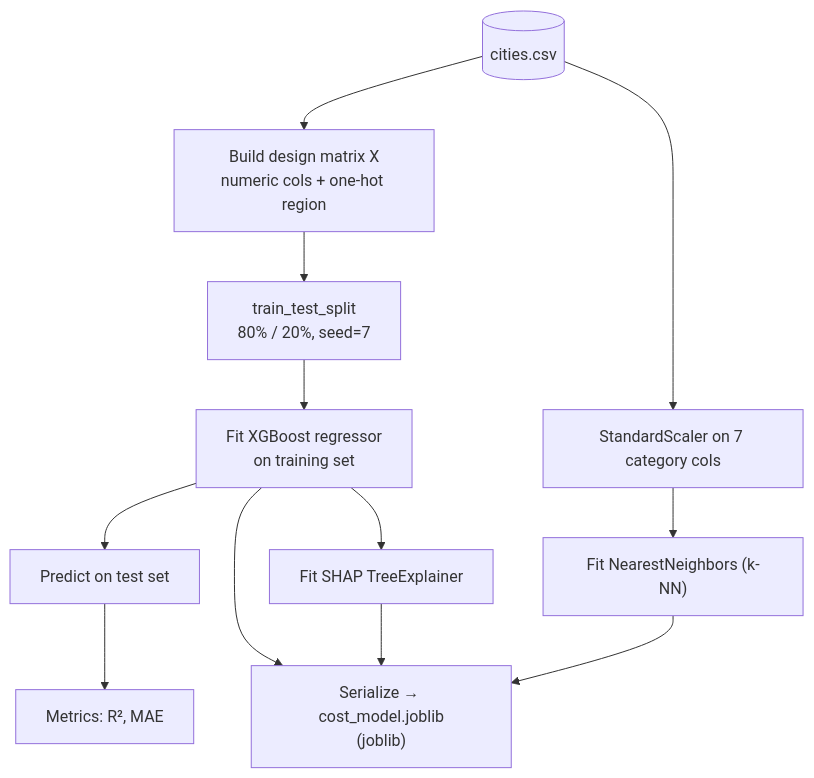
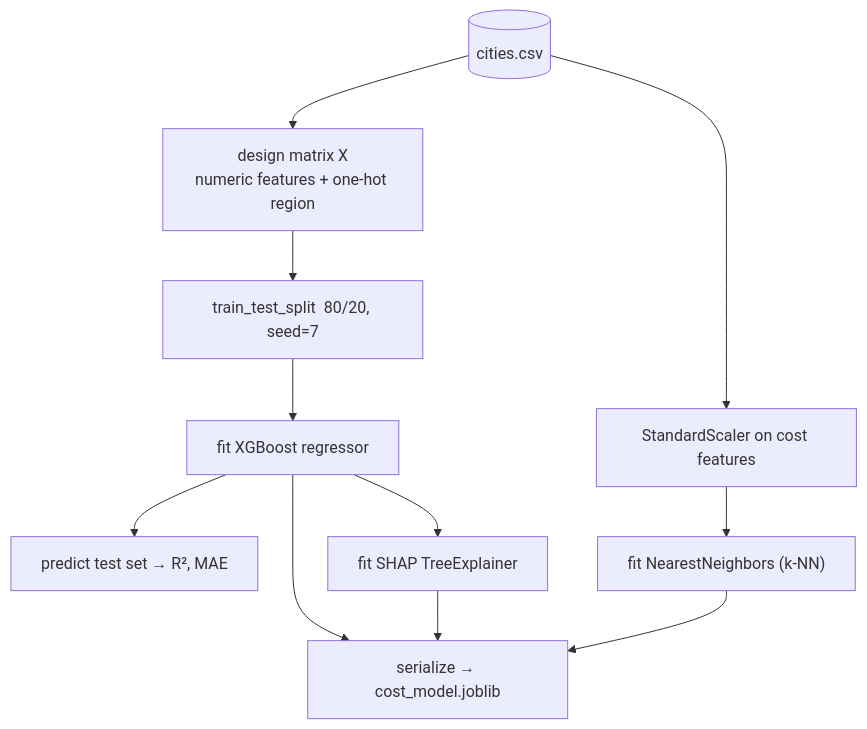
One commit to tejassinghbhati/COLE changed the third of 7 diagrams in docs/HOW_IT_WORKS.md. Above: the diagram before and after it, drawn with Mermaid. The commit also changed other lines of this file and 1 other file, not shown here.

````diff
--- a/docs/HOW_IT_WORKS.md
+++ b/docs/HOW_IT_WORKS.md
@@ -217,12 +165,11 @@
 ```mermaid
 flowchart TD
-    A[("cities.csv")] --> B["Build design matrix X<br/>numeric cols + one-hot region"]
-    B --> C["train_test_split<br/>80% / 20%, seed=7"]
-    C --> D["Fit XGBoost regressor<br/>on training set"]
-    D --> E["Predict on test set"]
-    E --> F["Metrics: R², MAE"]
-    D --> G["Fit SHAP TreeExplainer"]
-    A --> H["StandardScaler on 7 category cols"]
-    H --> I["Fit NearestNeighbors (k-NN)"]
-    D & G & I --> J["Serialize → cost_model.joblib<br/>(joblib)"]
+    A[("cities.csv")] --> B["design matrix X<br/>numeric features + one-hot region"]
+    B --> C["train_test_split  80/20, seed=7"]
+    C --> D["fit XGBoost regressor"]
+    D --> E["predict test set → R², MAE"]
+    D --> G["fit SHAP TreeExplainer"]
+    A --> H["StandardScaler on cost features"]
+    H --> I["fit NearestNeighbors (k-NN)"]
+    D & G & I --> J["serialize → cost_model.joblib"]
 ```
````
